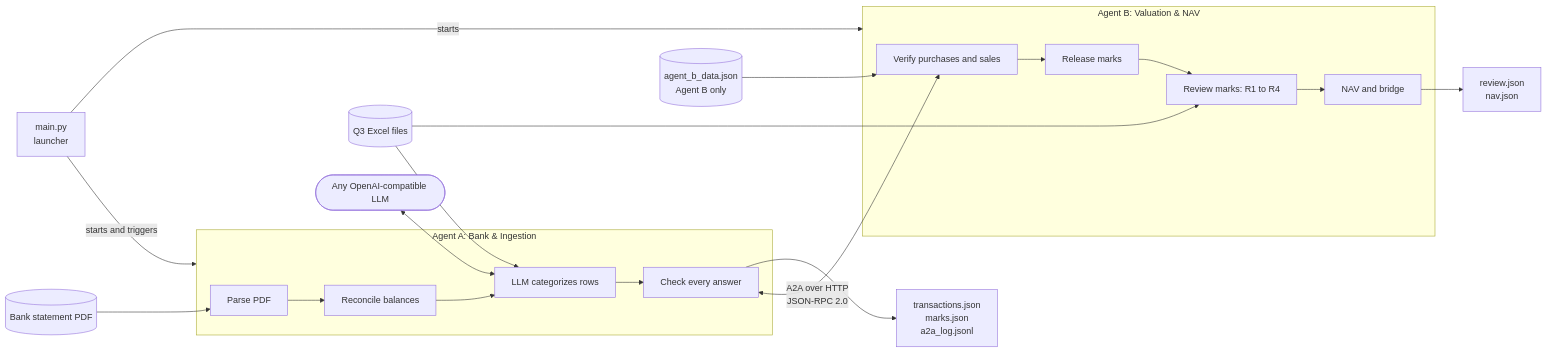
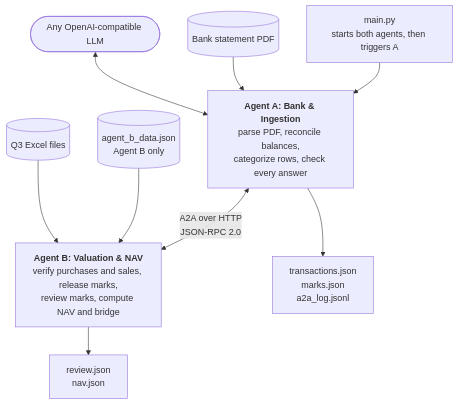
The first of 4 diagrams in README.md (amanjaiswal-07/ritamm-pe-fund-nav-agent), drawn with Mermaid before and after one commit.

Commit message:
Simplify the README's system diagram so it stays readable

````diff
--- a/README.md
+++ b/README.md
@@ -33,29 +33,16 @@
 ```mermaid
-flowchart LR
-    M["main.py<br/>launcher"]
+flowchart TD
+    M["main.py<br/>starts both agents, then triggers A"] --> A
+    PDF[("Bank statement PDF")] --> A
+    LLM(["Any OpenAI-compatible LLM"]) <--> A
 
-    subgraph A["Agent A: Bank & Ingestion"]
-        A1["Parse PDF"] --> A2["Reconcile balances"]
-        A2 --> A3["LLM categorizes rows"]
-        A3 --> A4["Check every answer"]
-    end
+    A["<b>Agent A: Bank & Ingestion</b><br/>parse PDF, reconcile balances,<br/>categorize rows, check every answer"]
+    B["<b>Agent B: Valuation & NAV</b><br/>verify purchases and sales, release marks,<br/>review marks, compute NAV and bridge"]
 
-    subgraph B["Agent B: Valuation & NAV"]
-        B1["Verify purchases and sales"] --> B2["Release marks"]
-        B2 --> B3["Review marks: R1 to R4"]
-        B3 --> B4["NAV and bridge"]
-    end
+    A <-- "A2A over HTTP<br/>JSON-RPC 2.0" --> B
+    A --> OA["transactions.json<br/>marks.json<br/>a2a_log.jsonl"]
 
-    PDF[("Bank statement PDF")] --> A1
-    Q3[("Q3 Excel files")] --> A3
-    Q3 --> B3
-    CVP[("agent_b_data.json<br/>Agent B only")] --> B1
-    LLM(["Any OpenAI-compatible LLM"]) <--> A3
-
-    M -- "starts and triggers" --> A
-    M -- "starts" --> B
-    A4 <-- "A2A over HTTP<br/>JSON-RPC 2.0" --> B1
-
-    A4 --> OA["transactions.json<br/>marks.json<br/>a2a_log.jsonl"]
-    B4 --> OB["review.json<br/>nav.json"]
+    CVP[("agent_b_data.json<br/>Agent B only")] --> B
+    Q3[("Q3 Excel files")] --> B
+    B --> OB["review.json<br/>nav.json"]
 ```
````
